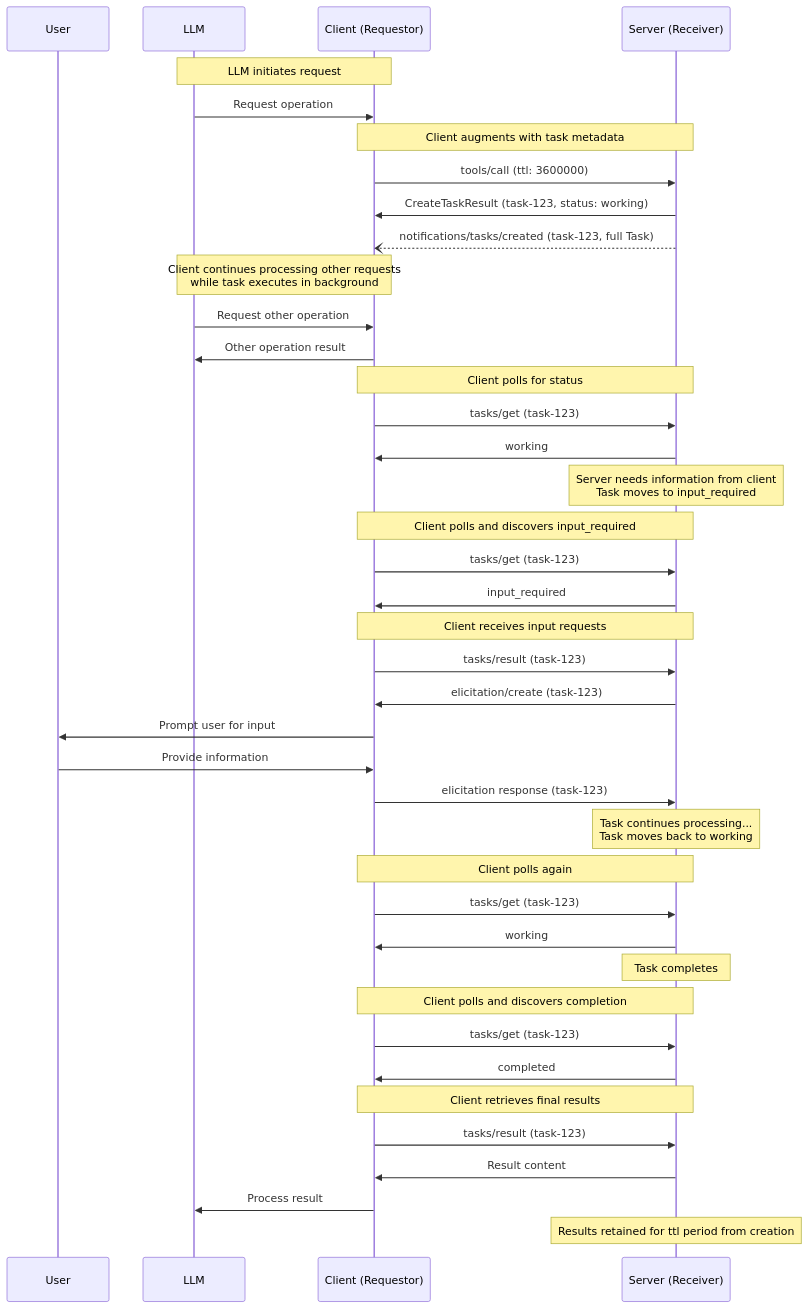
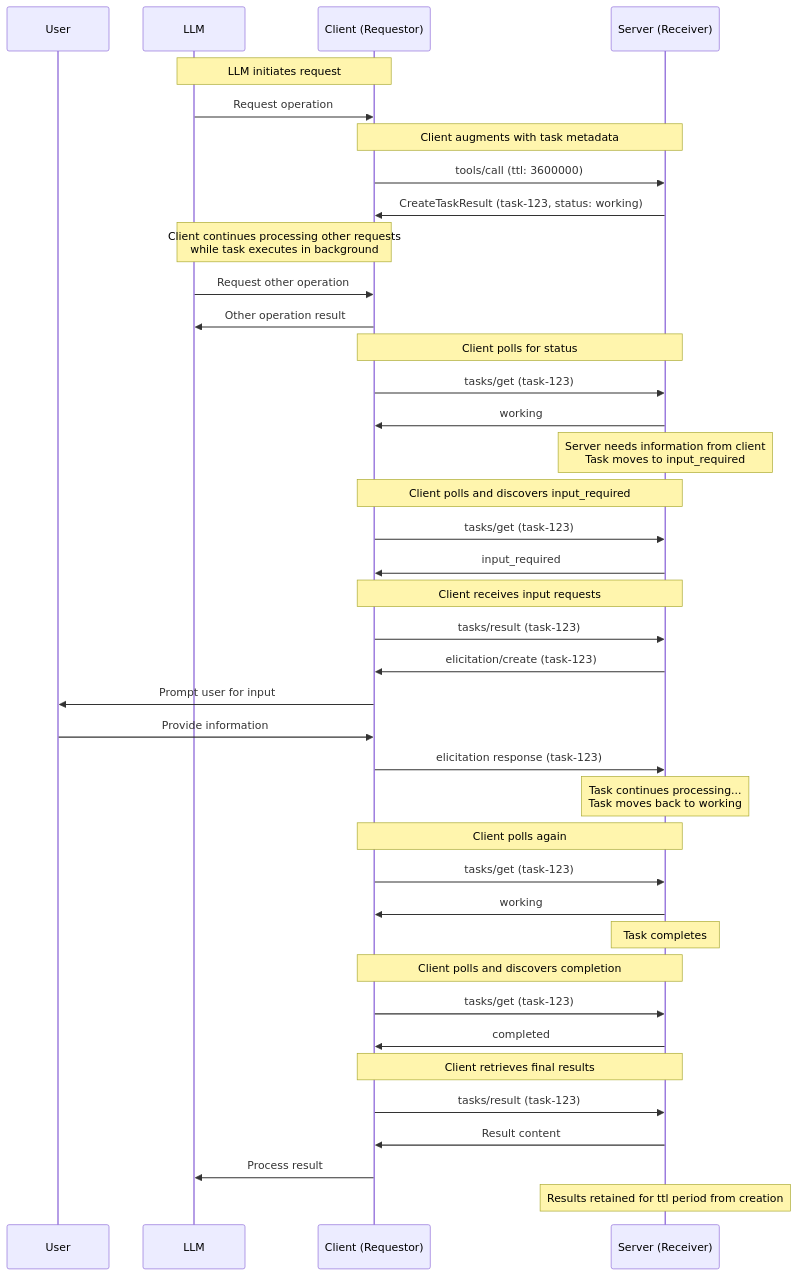
One commit to scottslewis/modelcontextprotocol changed the third of 5 diagrams in docs/specification/draft/basic/utilities/tasks.mdx. Above: the diagram before and after it, drawn with Mermaid. The commit also changed other lines of this file and 4 other files, not shown here.

First line of the commit message:
Remove notifications/tasks/created

````diff
--- a/docs/specification/draft/basic/utilities/tasks.mdx
+++ b/docs/specification/draft/basic/utilities/tasks.mdx
@@ -512,55 +475,54 @@
 ```mermaid
 sequenceDiagram
     participant U as User
     participant LLM
     participant C as Client (Requestor)
     participant S as Server (Receiver)
 
     Note over LLM,C: LLM initiates request
     LLM->>C: Request operation
 
     Note over C,S: Client augments with task metadata
     C->>S: tools/call (ttl: 3600000)
     S->>C: CreateTaskResult (task-123, status: working)
-    S--)C: notifications/tasks/created (task-123, full Task)
 
     Note over LLM,C: Client continues processing other requests<br/>while task executes in background
     LLM->>C: Request other operation
     C->>LLM: Other operation result
 
     Note over C,S: Client polls for status
     C->>S: tasks/get (task-123)
     S->>C: working
 
     Note over S: Server needs information from client<br/>Task moves to input_required
 
     Note over C,S: Client polls and discovers input_required
     C->>S: tasks/get (task-123)
     S->>C: input_required
 
     Note over C,S: Client receives input requests
     C->>S: tasks/result (task-123)
     S->>C: elicitation/create (task-123)
     C->>U: Prompt user for input
     U->>C: Provide information
     C->>S: elicitation response (task-123)
 
     Note over S: Task continues processing...<br/>Task moves back to working
 
     Note over C,S: Client polls again
     C->>S: tasks/get (task-123)
     S->>C: working
 
     Note over S: Task completes
 
     Note over C,S: Client polls and discovers completion
     C->>S: tasks/get (task-123)
     S->>C: completed
 
     Note over C,S: Client retrieves final results
     C->>S: tasks/result (task-123)
     S->>C: Result content
     C->>LLM: Process result
 
     Note over S: Results retained for ttl period from creation
 ```
````
